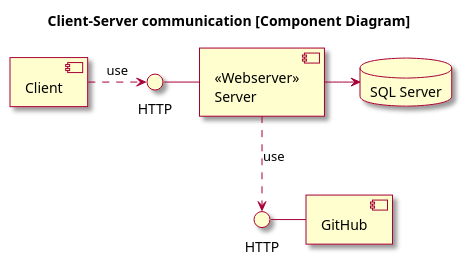
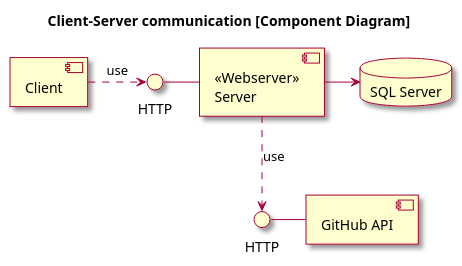
The diagram in docs/sections/architecture-of-deployed-app/component-communication.puml (ITU-BDSA-GROUP5/Chirp), drawn with PlantUML before and after one commit. The commit also changed 2 other files, not shown here.

```diff
--- a/docs/sections/architecture-of-deployed-app/component-communication.puml
+++ b/docs/sections/architecture-of-deployed-app/component-communication.puml
@@ -1,22 +1,22 @@
 @startuml
 
 skin rose
 
 title Client-Server communication [Component Diagram]
 
 [Client] as C
-[GitHub] as GH
+[GitHub API] as GH
 () HTTP as H
 () HTTP as HT
 [<<Webserver>>\nServer] as W
 database "SQL Server" as DB
 
 C .> H : use
 H - W
 W -> DB
 
 W ..> HT : use
 HT - GH
 
 
 @enduml
```
